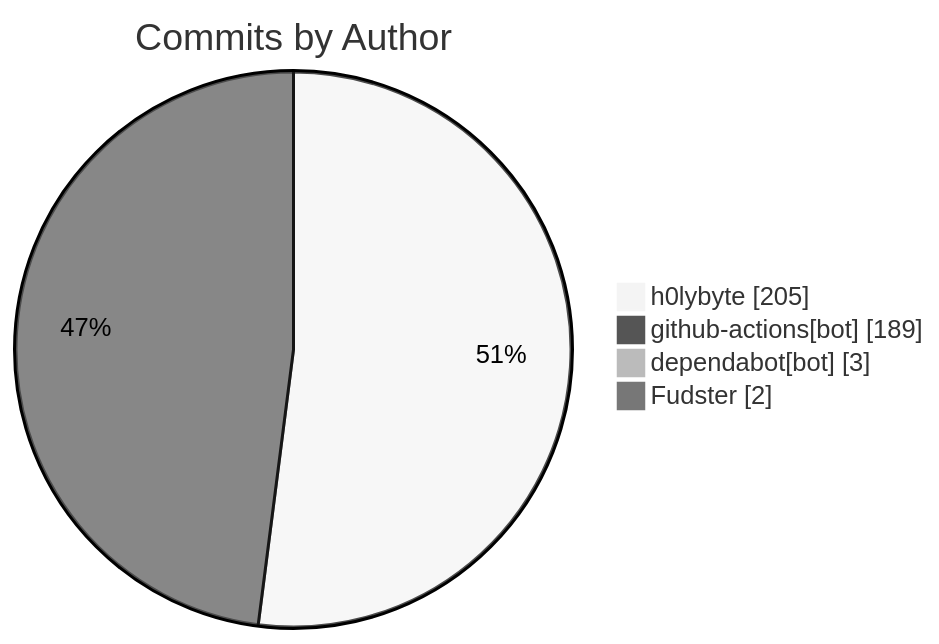
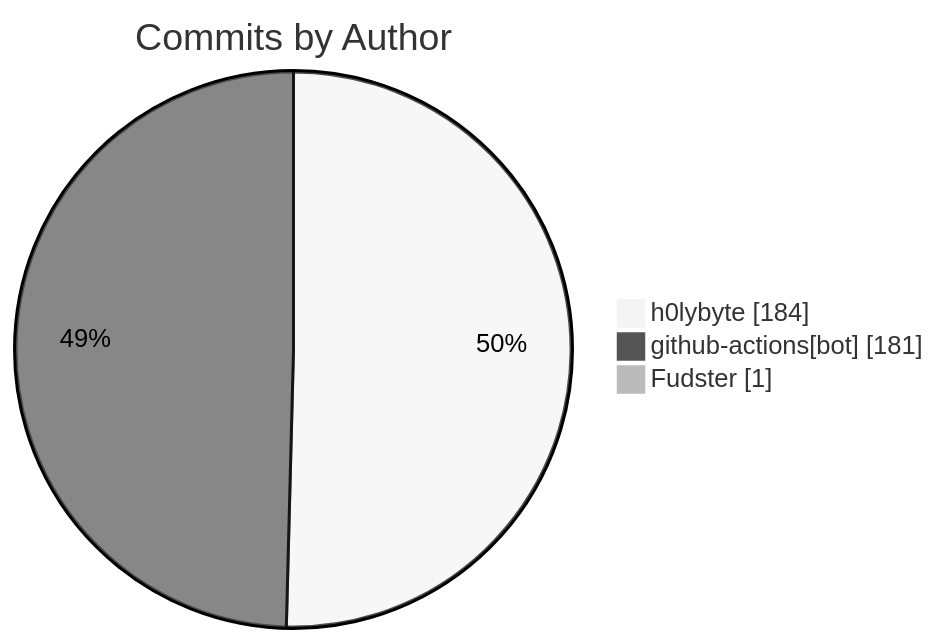
Before and after one commit to KBVE/kbve: the diagram in apps/kbve/astro-kbve/src/content/docs/dashboard/activity.mdx, drawn with Mermaid (neutral theme). The commit also changed other lines of this file and 1 other file, not shown here.

````diff
--- a/apps/kbve/astro-kbve/src/content/docs/dashboard/activity.mdx
+++ b/apps/kbve/astro-kbve/src/content/docs/dashboard/activity.mdx
@@ -136,8 +126,7 @@
 ```mermaid
 pie showData
     title Commits by Author
-    "h0lybyte" : 205
-    "github-actions[bot]" : 189
-    "dependabot[bot]" : 3
-    "Fudster" : 2
+    "h0lybyte" : 184
+    "github-actions[bot]" : 181
+    "Fudster" : 1
 ```
````
